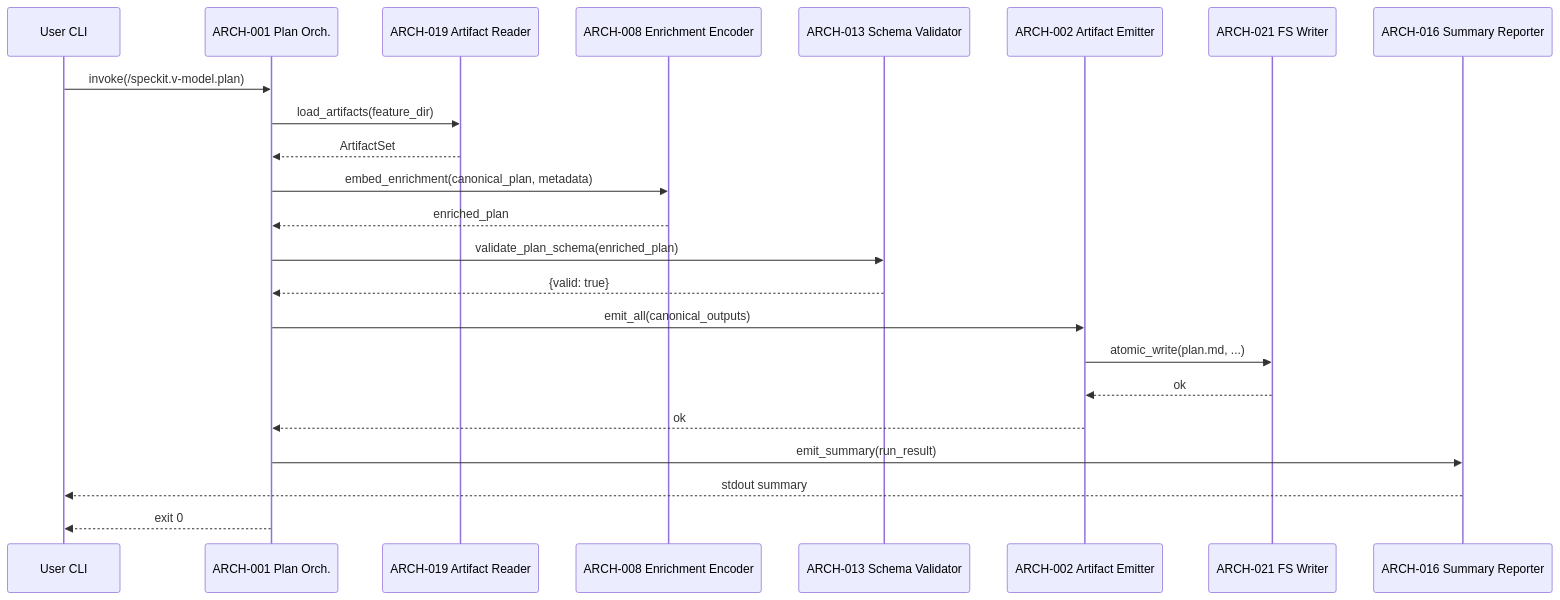
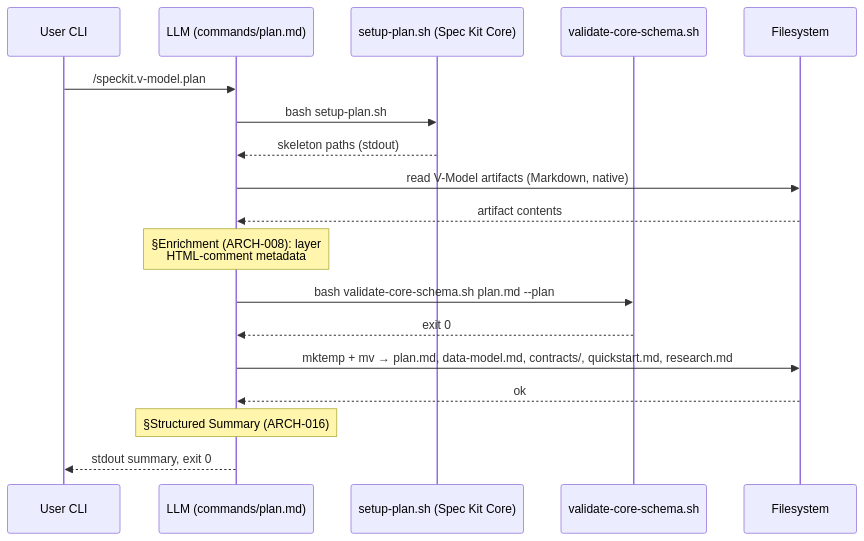
The first of 3 diagrams in specs/007-bridge-commands/v-model/architecture-design.md (leocamello/spec-kit-v-model), drawn with Mermaid before and after one commit. The commit also changed other lines of this file, not shown here.

````diff
--- a/specs/007-bridge-commands/v-model/architecture-design.md
+++ b/specs/007-bridge-commands/v-model/architecture-design.md
@@ -109,26 +141,21 @@
 ```mermaid
 sequenceDiagram
     participant CLI as User CLI
-    participant A1 as ARCH-001 Plan Orch.
-    participant A19 as ARCH-019 Artifact Reader
-    participant A8 as ARCH-008 Enrichment Encoder
-    participant A13 as ARCH-013 Schema Validator
-    participant A2 as ARCH-002 Artifact Emitter
-    participant A21 as ARCH-021 FS Writer
-    participant A16 as ARCH-016 Summary Reporter
+    participant LLM as LLM (commands/plan.md)
+    participant Core as setup-plan.sh (Spec Kit Core)
+    participant Schema as validate-core-schema.sh
+    participant FS as Filesystem
 
-    CLI->>A1: invoke(/speckit.v-model.plan)
-    A1->>A19: load_artifacts(feature_dir)
-    A19-->>A1: ArtifactSet
-    A1->>A8: embed_enrichment(canonical_plan, metadata)
-    A8-->>A1: enriched_plan
-    A1->>A13: validate_plan_schema(enriched_plan)
-    A13-->>A1: {valid: true}
-    A1->>A2: emit_all(canonical_outputs)
-    A2->>A21: atomic_write(plan.md, ...)
-    A21-->>A2: ok
-    A2-->>A1: ok
-    A1->>A16: emit_summary(run_result)
-    A16-->>CLI: stdout summary
-    A1-->>CLI: exit 0
+    CLI->>LLM: /speckit.v-model.plan
+    LLM->>Core: bash setup-plan.sh
+    Core-->>LLM: skeleton paths (stdout)
+    LLM->>FS: read V-Model artifacts (Markdown, native)
+    FS-->>LLM: artifact contents
+    Note over LLM: §Enrichment (ARCH-008): layer<br/>HTML-comment metadata
+    LLM->>Schema: bash validate-core-schema.sh plan.md --plan
+    Schema-->>LLM: exit 0
+    LLM->>FS: mktemp + mv → plan.md, data-model.md, contracts/, quickstart.md, research.md
+    FS-->>LLM: ok
+    Note over LLM: §Structured Summary (ARCH-016)
+    LLM-->>CLI: stdout summary, exit 0
 ```
````
